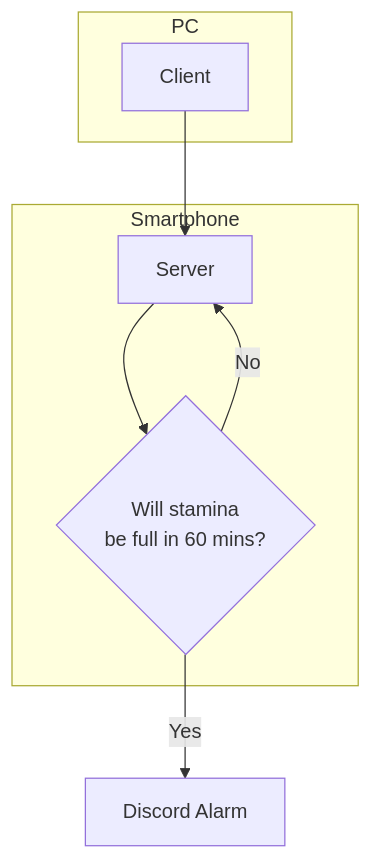
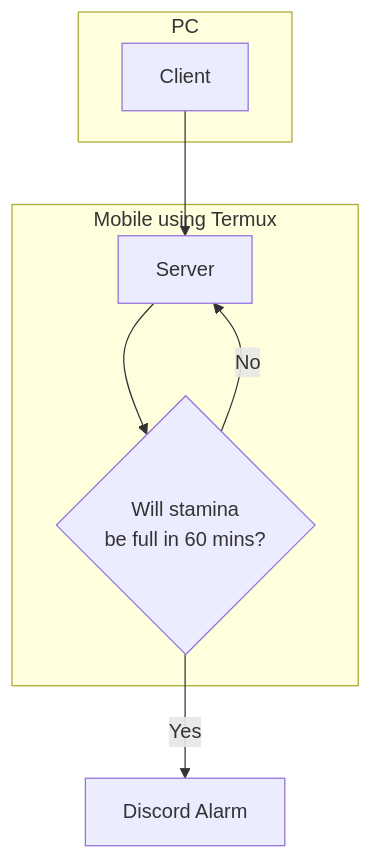
Before and after one commit to 201710808/Game-Stamina-Alarm: the diagram in README.md, drawn with Mermaid.

````diff
--- a/README.md
+++ b/README.md
@@ -5,12 +5,12 @@
 ```mermaid
 graph TB;
     subgraph PC;
     Client;
     end;
-    subgraph Smartphone;
+    subgraph Mobile using Termux;
     Client-->Server;
     Server-->Condition{"Will stamina\nbe full in 60 mins?"};
     end;
     Condition-->|"No"|Server;
     Condition-->|"Yes"|Alarm["Discord Alarm"];
 ```
````
